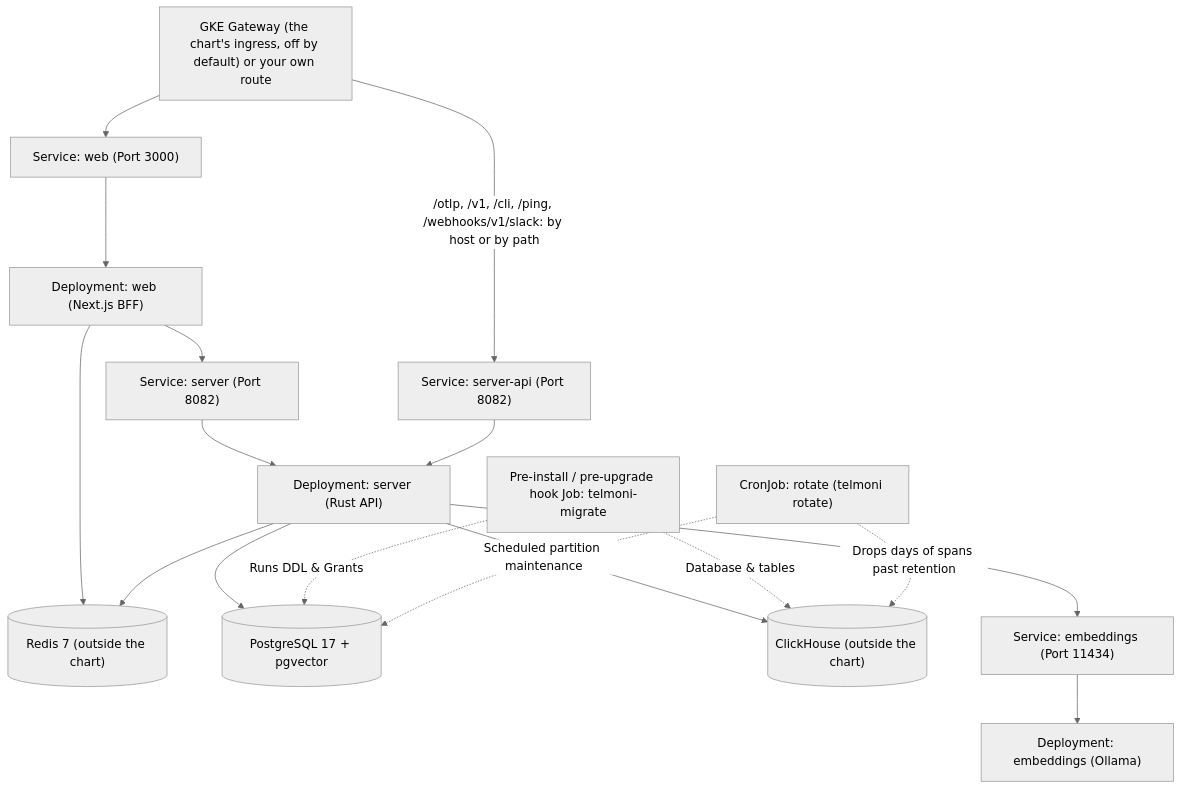
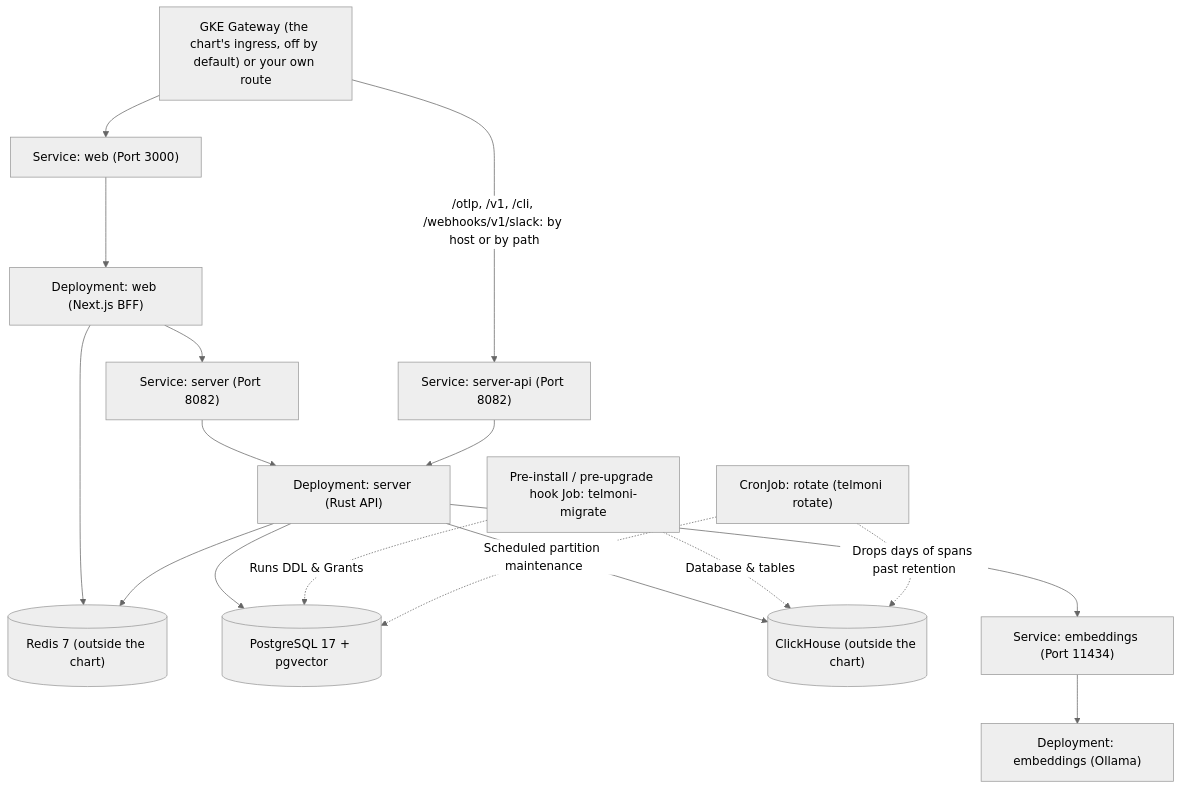
Before and after one commit to telmoni/telmoni: the diagram in web/content/docs/self-host/kubernetes.mdx, drawn with Mermaid (neutral theme). The commit also changed other lines of this file and 20 other files, not shown here.

````diff
--- a/web/content/docs/self-host/kubernetes.mdx
+++ b/web/content/docs/self-host/kubernetes.mdx
@@ -10,23 +10,23 @@
 ```mermaid
 flowchart TD
     Ingress["GKE Gateway (the chart's ingress, off by default) or your own route"] --> WebSvc["Service: web (Port 3000)"]
-    Ingress -->|"/otlp, /v1, /cli, /ping, /webhooks/v1/slack: by host or by path"| ApiSvc["Service: server-api (Port 8082)"]
+    Ingress -->|"/otlp, /v1, /cli, /webhooks/v1/slack: by host or by path"| ApiSvc["Service: server-api (Port 8082)"]
     WebSvc --> WebPods["Deployment: web (Next.js BFF)"]
 
     WebPods --> ServerSvc["Service: server (Port 8082)"]
     ServerSvc --> ServerPods["Deployment: server (Rust API)"]
     ApiSvc --> ServerPods
 
     WebPods --> Redis[("Redis 7 (outside the chart)")]
     ServerPods --> Redis
 
     ServerPods --> Postgres[("PostgreSQL 17 + pgvector")]
     ServerPods --> ClickHouse[("ClickHouse (outside the chart)")]
     ServerPods --> EmbeddingsSvc["Service: embeddings (Port 11434)"]
     EmbeddingsSvc --> EmbeddingsPod["Deployment: embeddings (Ollama)"]
 
     HookJob["Pre-install / pre-upgrade hook Job: telmoni-migrate"] -.->|Runs DDL & Grants| Postgres
     HookJob -.->|Database & tables| ClickHouse
     RotateCron["CronJob: rotate (telmoni rotate)"] -.->|Scheduled partition maintenance| Postgres
     RotateCron -.->|Drops days of spans past retention| ClickHouse
 ```
````
